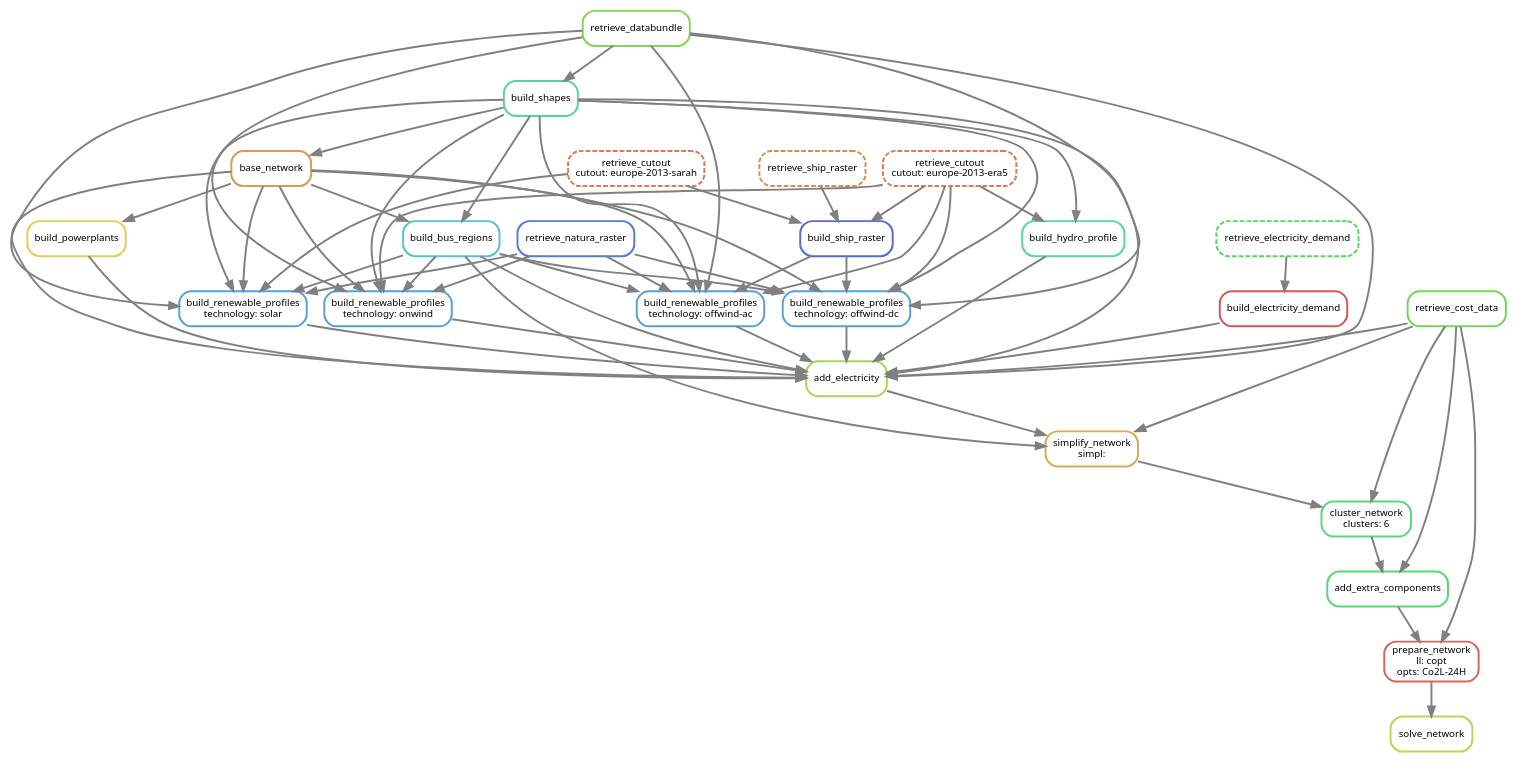
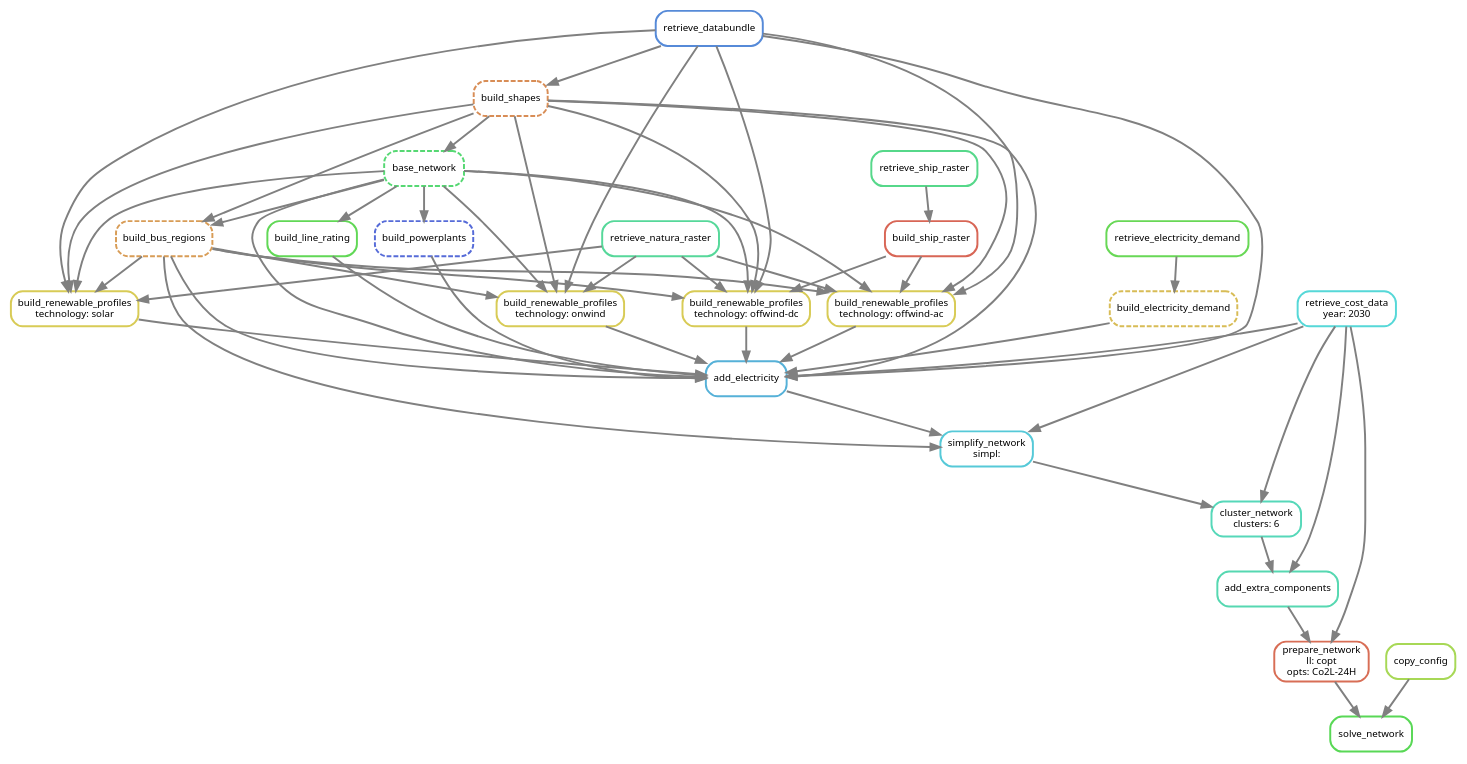
Before and after one commit to AGGM-AG/pypsa-at: the diagram in doc/tutorial.rst, drawn with Graphviz.

Commit message:
renew dag for tutorial.rst

```diff
--- a/doc/tutorial.rst
+++ b/doc/tutorial.rst
@@ -133,87 +133,80 @@
         graph[bgcolor=white, margin=0];
         node[shape=box, style=rounded, fontname=sans,                 fontsize=10, penwidth=2];
         edge[penwidth=2, color=grey];
-        0[label = "solve_network", color = "0.21 0.6 0.85", style="rounded"];
-        1[label = "prepare_network\nll: copt\nopts: Co2L-24H", color = "0.02 0.6 0.85", style="rounded"];
-        2[label = "add_extra_components", color = "0.37 0.6 0.85", style="rounded"];
-        3[label = "cluster_network\nclusters: 6", color = "0.39 0.6 0.85", style="rounded"];
-        4[label = "simplify_network\nsimpl: ", color = "0.11 0.6 0.85", style="rounded"];
-        5[label = "add_electricity", color = "0.23 0.6 0.85", style="rounded"];
-        6[label = "build_renewable_profiles\ntechnology: onwind", color = "0.57 0.6 0.85", style="rounded"];
-        7[label = "base_network", color = "0.09 0.6 0.85", style="rounded"];
-        8[label = "build_shapes", color = "0.41 0.6 0.85", style="rounded"];
-        9[label = "retrieve_databundle", color = "0.28 0.6 0.85", style="rounded"];
-        10[label = "retrieve_natura_raster", color = "0.62 0.6 0.85", style="rounded"];
-        11[label = "build_bus_regions", color = "0.53 0.6 0.85", style="rounded"];
-        12[label = "retrieve_cutout\ncutout: europe-2013-era5", color = "0.05 0.6 0.85", style="rounded,dashed"];
-        13[label = "build_renewable_profiles\ntechnology: offwind-ac", color = "0.57 0.6 0.85", style="rounded"];
-        14[label = "build_ship_raster", color = "0.64 0.6 0.85", style="rounded"];
-        15[label = "retrieve_ship_raster", color = "0.07 0.6 0.85", style="rounded,dashed"];
-        16[label = "retrieve_cutout\ncutout: europe-2013-sarah", color = "0.05 0.6 0.85", style="rounded,dashed"];
-        17[label = "build_renewable_profiles\ntechnology: offwind-dc", color = "0.57 0.6 0.85", style="rounded"];
-        18[label = "build_renewable_profiles\ntechnology: solar", color = "0.57 0.6 0.85", style="rounded"];
-        19[label = "build_hydro_profile", color = "0.44 0.6 0.85", style="rounded"];
-        20[label = "retrieve_cost_data", color = "0.30 0.6 0.85", style="rounded"];
-        21[label = "build_powerplants", color = "0.16 0.6 0.85", style="rounded"];
-        22[label = "build_electricity_demand", color = "0.00 0.6 0.85", style="rounded"];
-        23[label = "retrieve_electricity_demand", color = "0.34 0.6 0.85", style="rounded,dashed"];
-        1 -> 0
-        2 -> 1
-        20 -> 1
-        3 -> 2
-        20 -> 2
-        4 -> 3
-        20 -> 3
-        5 -> 4
-        20 -> 4
-        11 -> 4
-        6 -> 5
-        13 -> 5
-        17 -> 5
-        18 -> 5
-        19 -> 5
-        7 -> 5
-        20 -> 5
-        11 -> 5
-        21 -> 5
-        9 -> 5
-        22 -> 5
-        8 -> 5
-        7 -> 6
-        9 -> 6
-        10 -> 6
-        8 -> 6
-        11 -> 6
-        12 -> 6
-        8 -> 7
-        9 -> 8
-        8 -> 11
-        7 -> 11
-        7 -> 13
-        9 -> 13
-        10 -> 13
-        14 -> 13
-        8 -> 13
-        11 -> 13
-        12 -> 13
-        15 -> 14
-        12 -> 14
-        16 -> 14
-        7 -> 17
-        9 -> 17
-        10 -> 17
-        14 -> 17
-        8 -> 17
-        11 -> 17
-        12 -> 17
-        7 -> 18
-        9 -> 18
-        10 -> 18
-        8 -> 18
-        11 -> 18
-        16 -> 18
-        8 -> 19
-        12 -> 19
-        7 -> 21
-        23 -> 22
+            0[label = "solve_network", color = "0.33 0.6 0.85", style="rounded"];
+            1[label = "prepare_network\nll: copt\nopts: Co2L-24H", color = "0.03 0.6 0.85", style="rounded"];
+            2[label = "add_extra_components", color = "0.45 0.6 0.85", style="rounded"];
+            3[label = "cluster_network\nclusters: 6", color = "0.46 0.6 0.85", style="rounded"];
+            4[label = "simplify_network\nsimpl: ", color = "0.52 0.6 0.85", style="rounded"];
+            5[label = "add_electricity", color = "0.55 0.6 0.85", style="rounded"];
+            6[label = "build_renewable_profiles\ntechnology: solar", color = "0.15 0.6 0.85", style="rounded"];
+            7[label = "base_network", color = "0.37 0.6 0.85", style="rounded,dashed"];
+            8[label = "build_shapes", color = "0.07 0.6 0.85", style="rounded,dashed"];
+            9[label = "retrieve_databundle", color = "0.60 0.6 0.85", style="rounded"];
+            10[label = "retrieve_natura_raster", color = "0.42 0.6 0.85", style="rounded"];
+            11[label = "build_bus_regions", color = "0.09 0.6 0.85", style="rounded,dashed"];
+            12[label = "build_renewable_profiles\ntechnology: onwind", color = "0.15 0.6 0.85", style="rounded"];
+            13[label = "build_renewable_profiles\ntechnology: offwind-ac", color = "0.15 0.6 0.85", style="rounded"];
+            14[label = "build_ship_raster", color = "0.02 0.6 0.85", style="rounded"];
+            15[label = "retrieve_ship_raster", color = "0.40 0.6 0.85", style="rounded"];
+            16[label = "build_renewable_profiles\ntechnology: offwind-dc", color = "0.15 0.6 0.85", style="rounded"];
+            17[label = "build_line_rating", color = "0.32 0.6 0.85", style="rounded"];
+            18[label = "retrieve_cost_data\nyear: 2030", color = "0.50 0.6 0.85", style="rounded"];
+            19[label = "build_powerplants", color = "0.64 0.6 0.85", style="rounded,dashed"];
+            20[label = "build_electricity_demand", color = "0.13 0.6 0.85", style="rounded,dashed"];
+            21[label = "retrieve_electricity_demand", color = "0.31 0.6 0.85", style="rounded"];
+            22[label = "copy_config", color = "0.23 0.6 0.85", style="rounded"];
+            1 -> 0
+            22 -> 0
+            2 -> 1
+            18 -> 1
+            3 -> 2
+            18 -> 2
+            4 -> 3
+            18 -> 3
+            5 -> 4
+            18 -> 4
+            11 -> 4
+            6 -> 5
+            12 -> 5
+            13 -> 5
+            16 -> 5
+            7 -> 5
+            17 -> 5
+            18 -> 5
+            11 -> 5
+            19 -> 5
+            9 -> 5
+            20 -> 5
+            8 -> 5
+            7 -> 6
+            9 -> 6
+            10 -> 6
+            8 -> 6
+            11 -> 6
+            8 -> 7
+            9 -> 8
+            8 -> 11
+            7 -> 11
+            7 -> 12
+            9 -> 12
+            10 -> 12
+            8 -> 12
+            11 -> 12
+            7 -> 13
+            9 -> 13
+            10 -> 13
+            14 -> 13
+            8 -> 13
+            11 -> 13
+            15 -> 14
+            7 -> 16
+            9 -> 16
+            10 -> 16
+            14 -> 16
+            8 -> 16
+            11 -> 16
+            7 -> 17
+            7 -> 19
+            21 -> 20
     }
```
